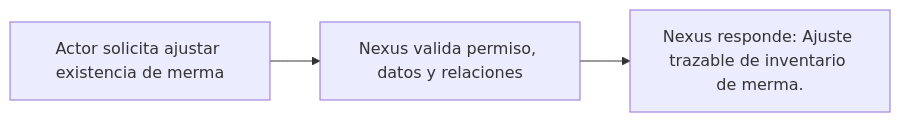
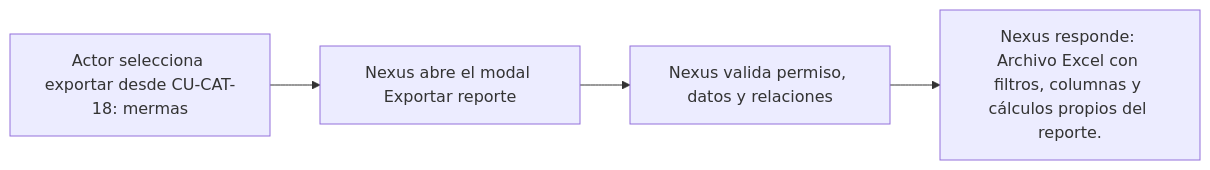
The diagram in docs/requirements/diagrams/catalogs/cu-cat-22.md (gpgsistemas01/nexus), drawn with Mermaid before and after one commit. The commit also changed other lines of this file and 207 other files, not shown here.

````diff
--- a/docs/requirements/diagrams/catalogs/cu-cat-22.md
+++ b/docs/requirements/diagrams/catalogs/cu-cat-22.md
@@ -3,5 +3,6 @@
 ```mermaid
 flowchart LR
-    request["Actor solicita ajustar existencia de merma"] --> validate["Nexus valida permiso, datos y relaciones"]
-    validate --> result["Nexus responde: Ajuste trazable de inventario de merma."]
+    request["Actor selecciona exportar desde CU-CAT-18: mermas"] --> modal["Nexus abre el modal Exportar reporte"]
+    modal --> validate["Nexus valida permiso, datos y relaciones"]
+    validate --> result["Nexus responde: Archivo Excel con filtros, columnas y cálculos propios del reporte."]
 ```
````
